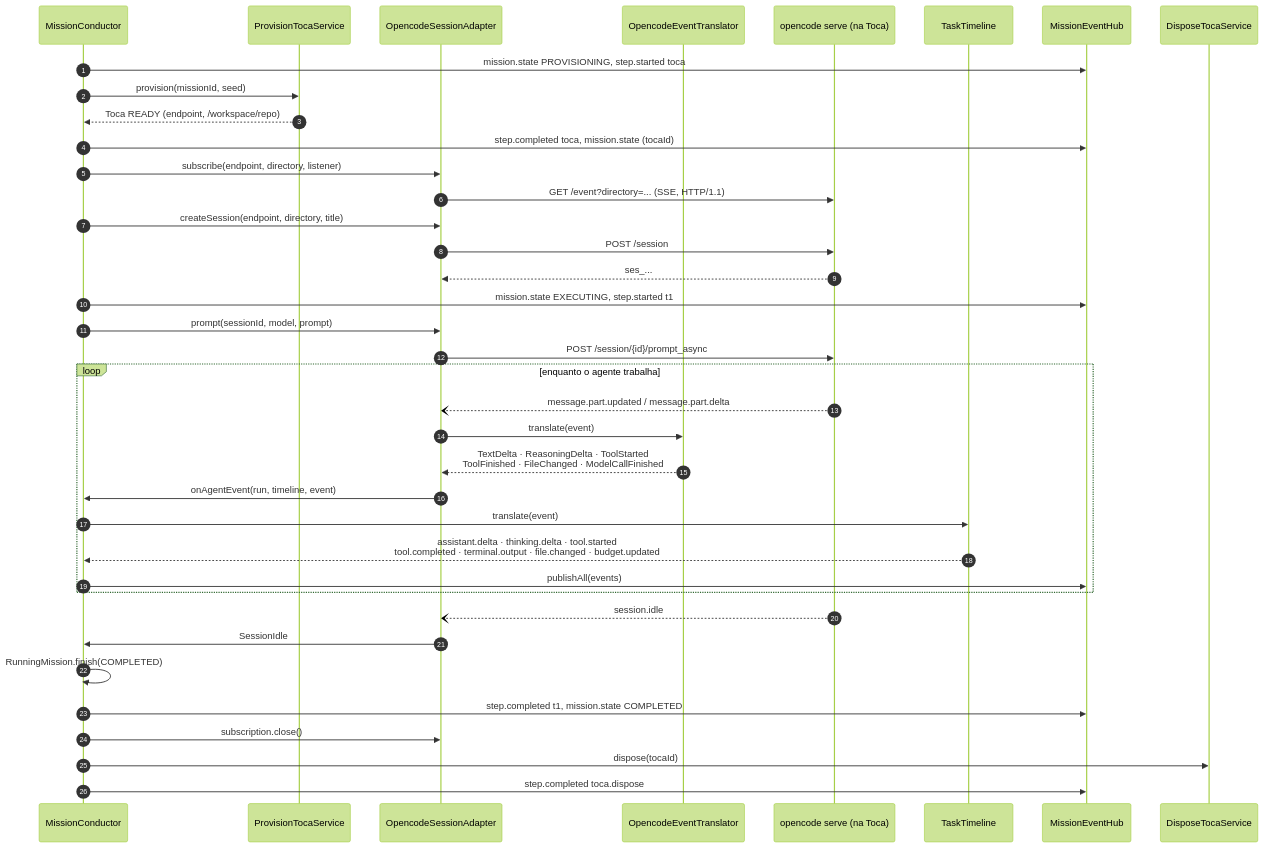
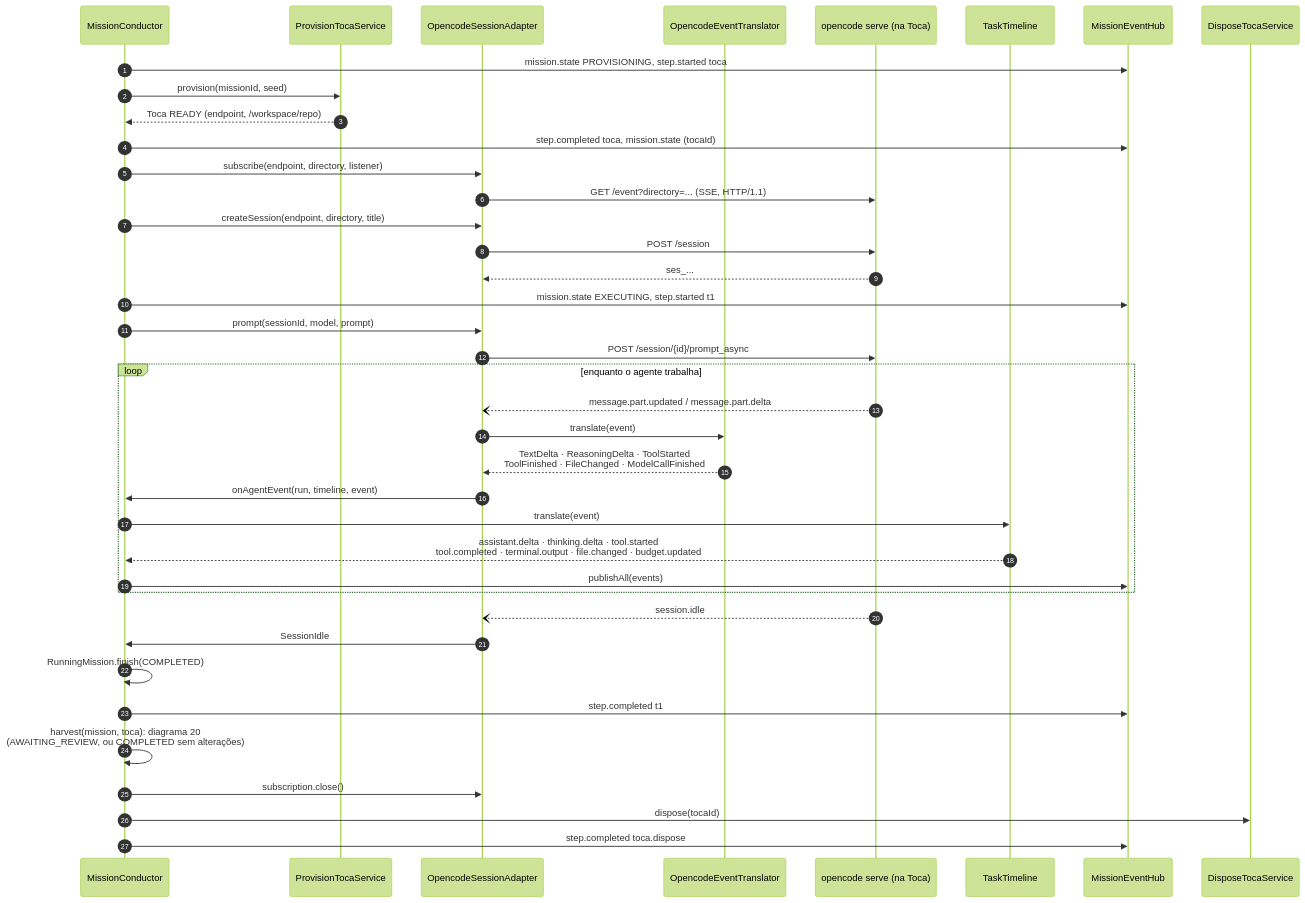
Before and after one commit to CaioMC/alien-code: diagram 16 of 22 in docs/sequencias.md, drawn with Mermaid (forest theme). The commit also changed other lines of this file and 1 other file, not shown here.

First line of the commit message:
docs: diagramas e README da entrega do M2

````diff
--- a/docs/sequencias.md
+++ b/docs/sequencias.md
@@ -600,41 +607,42 @@
 ```mermaid
 sequenceDiagram
     autonumber
     participant Cond as MissionConductor
     participant Prov as ProvisionTocaService
     participant Ag as OpencodeSessionAdapter
     participant Tr as OpencodeEventTranslator
     participant Oc as opencode serve (na Toca)
     participant TL as TaskTimeline
     participant Hub as MissionEventHub
     participant Disp as DisposeTocaService
 
     Cond->>Hub: mission.state PROVISIONING, step.started toca
     Cond->>Prov: provision(missionId, seed)
     Prov-->>Cond: Toca READY (endpoint, /workspace/repo)
     Cond->>Hub: step.completed toca, mission.state (tocaId)
     Cond->>Ag: subscribe(endpoint, directory, listener)
     Ag->>Oc: GET /event?directory=... (SSE, HTTP/1.1)
     Cond->>Ag: createSession(endpoint, directory, title)
     Ag->>Oc: POST /session
     Oc-->>Ag: ses_...
     Cond->>Hub: mission.state EXECUTING, step.started t1
     Cond->>Ag: prompt(sessionId, model, prompt)
     Ag->>Oc: POST /session/{id}/prompt_async
     loop enquanto o agente trabalha
         Oc--)Ag: message.part.updated / message.part.delta
         Ag->>Tr: translate(event)
         Tr-->>Ag: TextDelta · ReasoningDelta · ToolStarted<br/>ToolFinished · FileChanged · ModelCallFinished
         Ag->>Cond: onAgentEvent(run, timeline, event)
         Cond->>TL: translate(event)
         TL-->>Cond: assistant.delta · thinking.delta · tool.started<br/>tool.completed · terminal.output · file.changed · budget.updated
         Cond->>Hub: publishAll(events)
     end
     Oc--)Ag: session.idle
     Ag->>Cond: SessionIdle
     Cond->>Cond: RunningMission.finish(COMPLETED)
-    Cond->>Hub: step.completed t1, mission.state COMPLETED
+    Cond->>Hub: step.completed t1
+    Cond->>Cond: harvest(mission, toca): diagrama 20<br/>(AWAITING_REVIEW, ou COMPLETED sem alterações)
     Cond->>Ag: subscription.close()
     Cond->>Disp: dispose(tocaId)
     Cond->>Hub: step.completed toca.dispose
 ```
````
